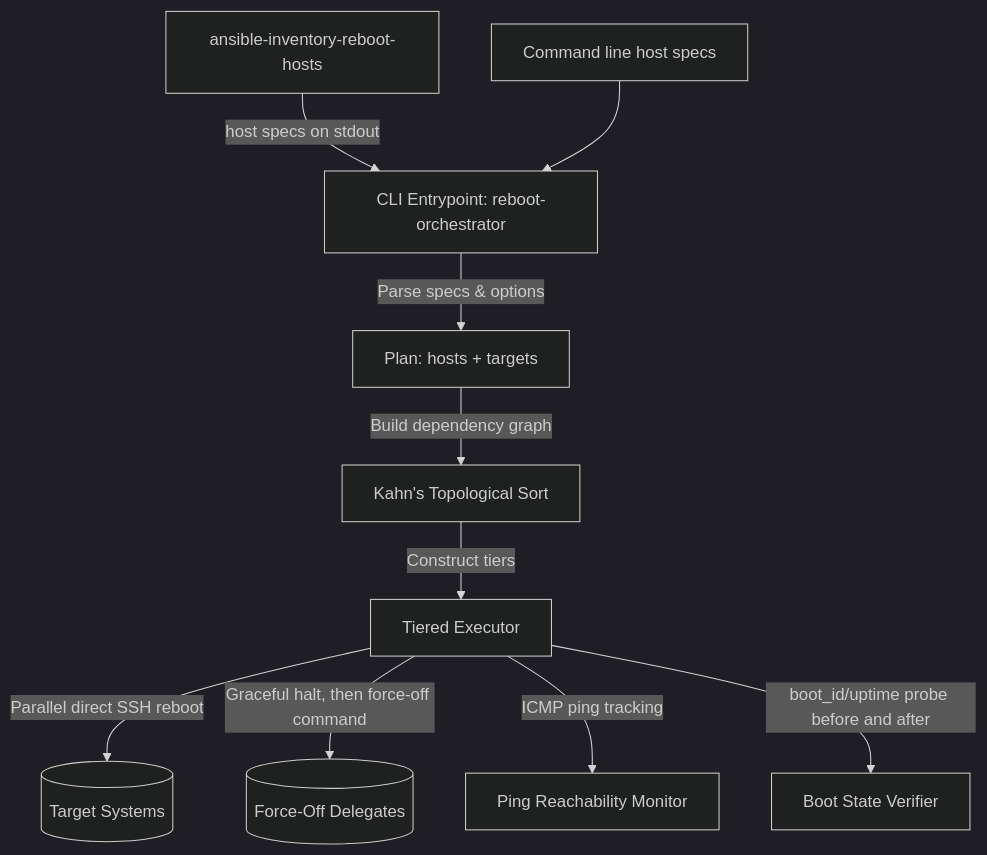
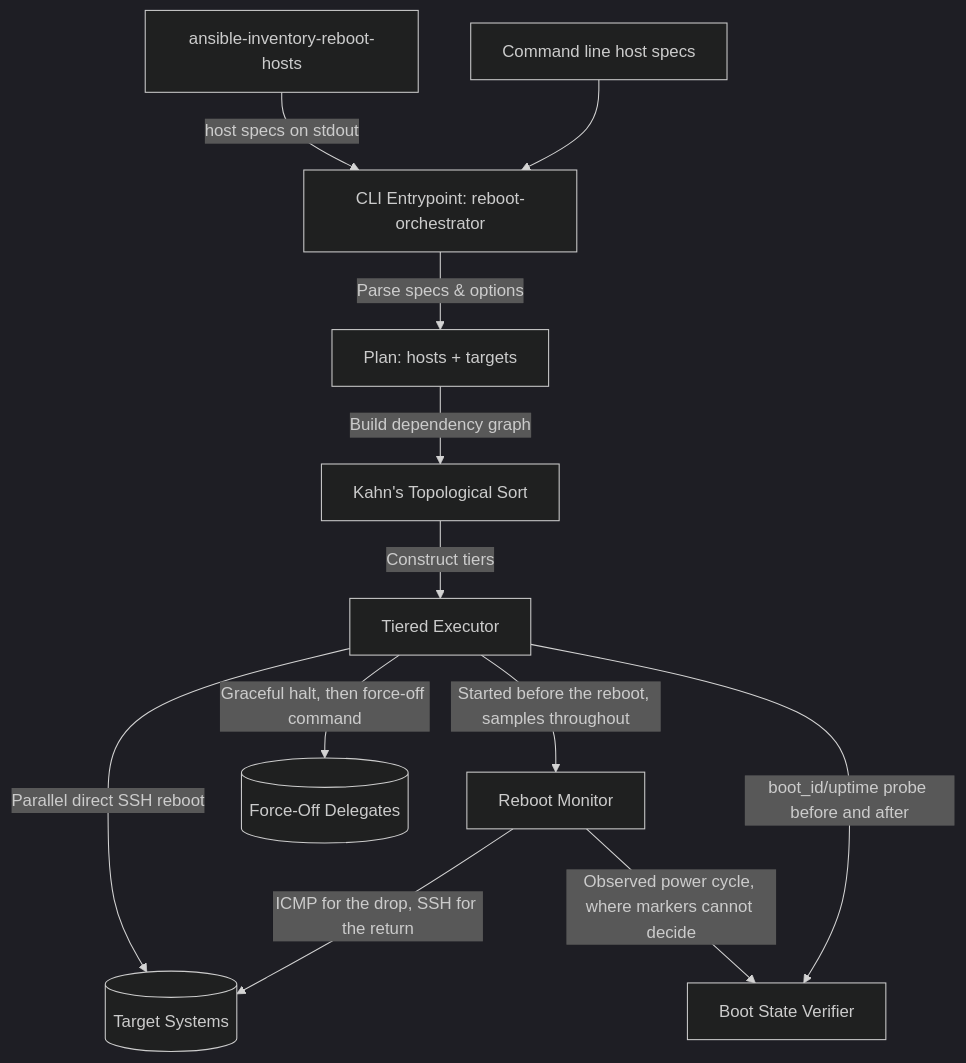
Before and after one commit to m-d-brown/service-management: the diagram in design/004-reboot-orchestrator.md, drawn with Mermaid (dark theme). The commit also changed other lines of this file and 13 other files, not shown here.

````diff
--- a/design/004-reboot-orchestrator.md
+++ b/design/004-reboot-orchestrator.md
@@ -49,12 +49,14 @@
 ```mermaid
 graph TD
     Inventory[ansible-inventory-reboot-hosts] -->|host specs on stdout| CLI
     Args[Command line host specs] --> CLI
     CLI[CLI Entrypoint: reboot-orchestrator] -->|Parse specs & options| Plan[Plan: hosts + targets]
     Plan -->|Build dependency graph| Graph[Kahn's Topological Sort]
     Graph -->|Construct tiers| Executor[Tiered Executor]
     Executor -->|Parallel direct SSH reboot| Targets[(Target Systems)]
     Executor -->|Graceful halt, then force-off command| Delegate[(Force-Off Delegates)]
-    Executor -->|ICMP ping tracking| Ping[Ping Reachability Monitor]
+    Executor -->|Started before the reboot, samples throughout| Monitor[Reboot Monitor]
+    Monitor -->|ICMP for the drop, SSH for the return| Targets
     Executor -->|boot_id/uptime probe before and after| Verifier[Boot State Verifier]
+    Monitor -->|Observed power cycle, where markers cannot decide| Verifier
 ```
````
